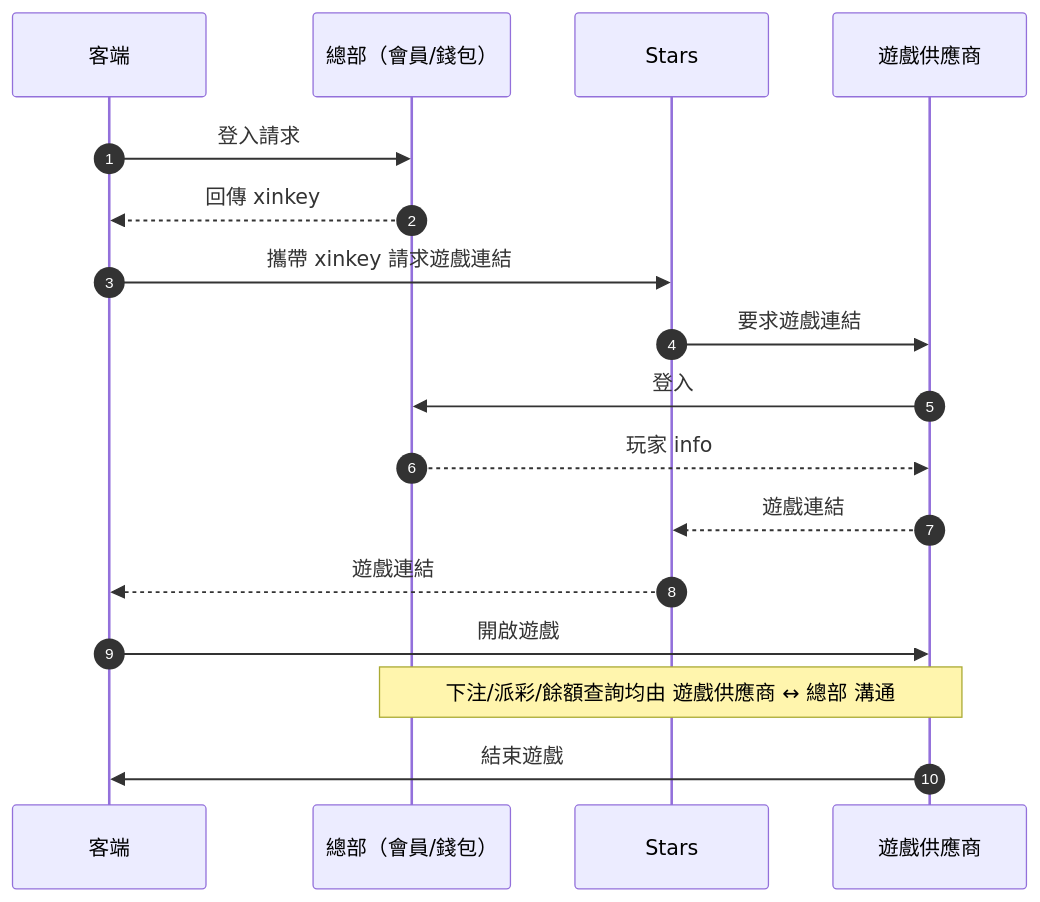
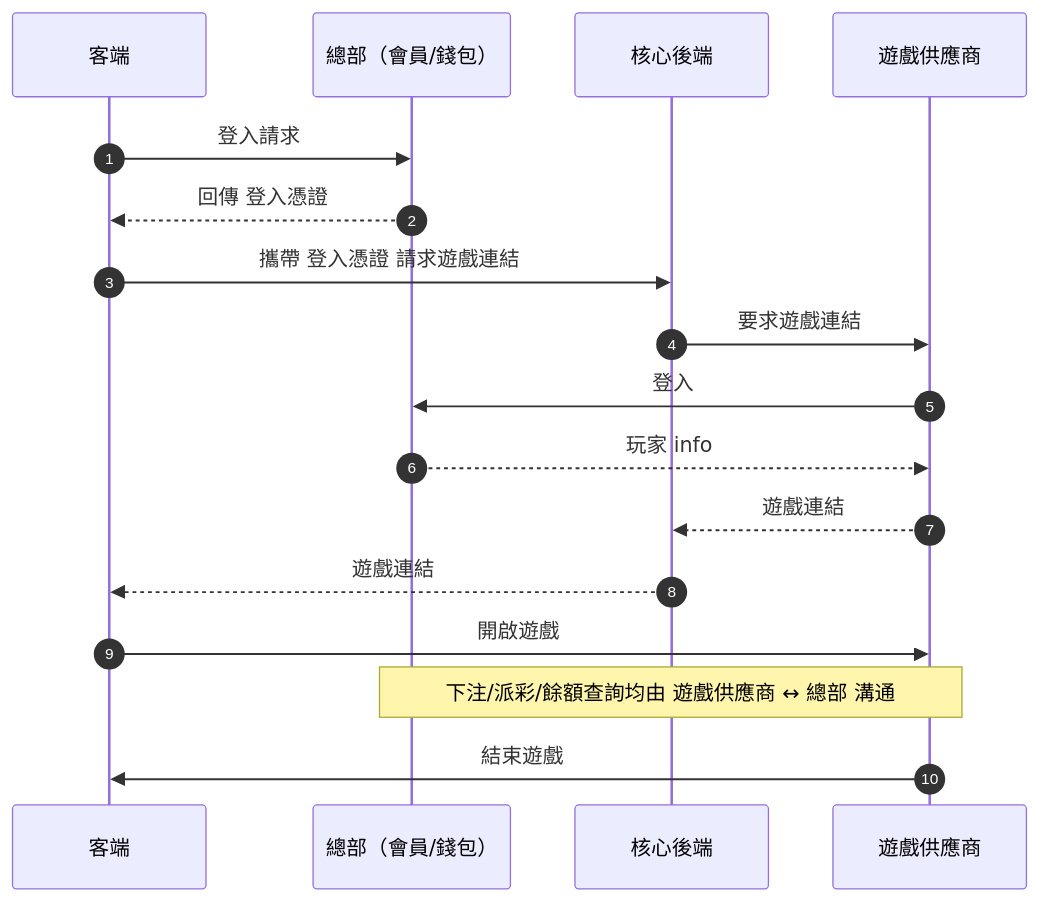
The second of 3 diagrams in prompt_engineering/claude/stars/CLAUDE.md (changgenglu/changgenglu-blog), drawn with Mermaid before and after one commit. The commit also changed other lines of this file and 58 other files, not shown here.

````diff
--- a/prompt_engineering/claude/stars/CLAUDE.md
+++ b/prompt_engineering/claude/stars/CLAUDE.md
@@ -224,20 +225,20 @@
 ```mermaid
 sequenceDiagram
   autonumber
   participant ClientFE as 客端
   participant HQ as 總部（會員/錢包）
-  participant Stars as Stars
+  participant Core as 核心後端
   participant Vendor as 遊戲供應商
 
   ClientFE->>HQ: 登入請求
-  HQ-->>ClientFE: 回傳 xinkey
-  ClientFE->>Stars: 攜帶 xinkey 請求遊戲連結
-  Stars->>Vendor: 要求遊戲連結
+  HQ-->>ClientFE: 回傳 登入憑證
+  ClientFE->>Core: 攜帶 登入憑證 請求遊戲連結
+  Core->>Vendor: 要求遊戲連結
   Vendor->>HQ: 登入
   HQ-->>Vendor: 玩家 info
-  Vendor-->>Stars: 遊戲連結
-  Stars-->>ClientFE: 遊戲連結
+  Vendor-->>Core: 遊戲連結
+  Core-->>ClientFE: 遊戲連結
   ClientFE->>Vendor: 開啟遊戲
   Note over Vendor,HQ: 下注/派彩/餘額查詢均由 遊戲供應商 ↔ 總部 溝通
   Vendor->>ClientFE: 結束遊戲
 ```
````
